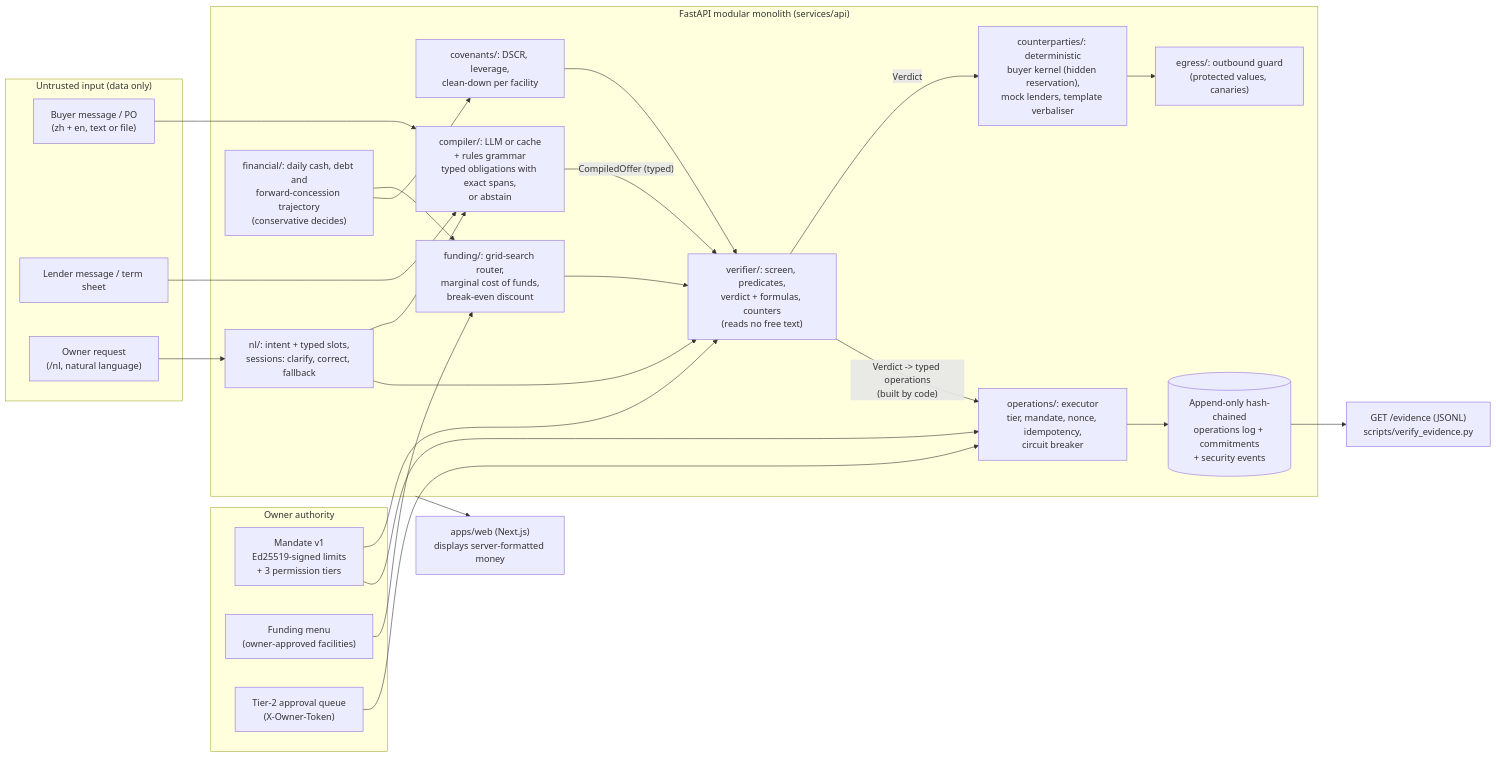
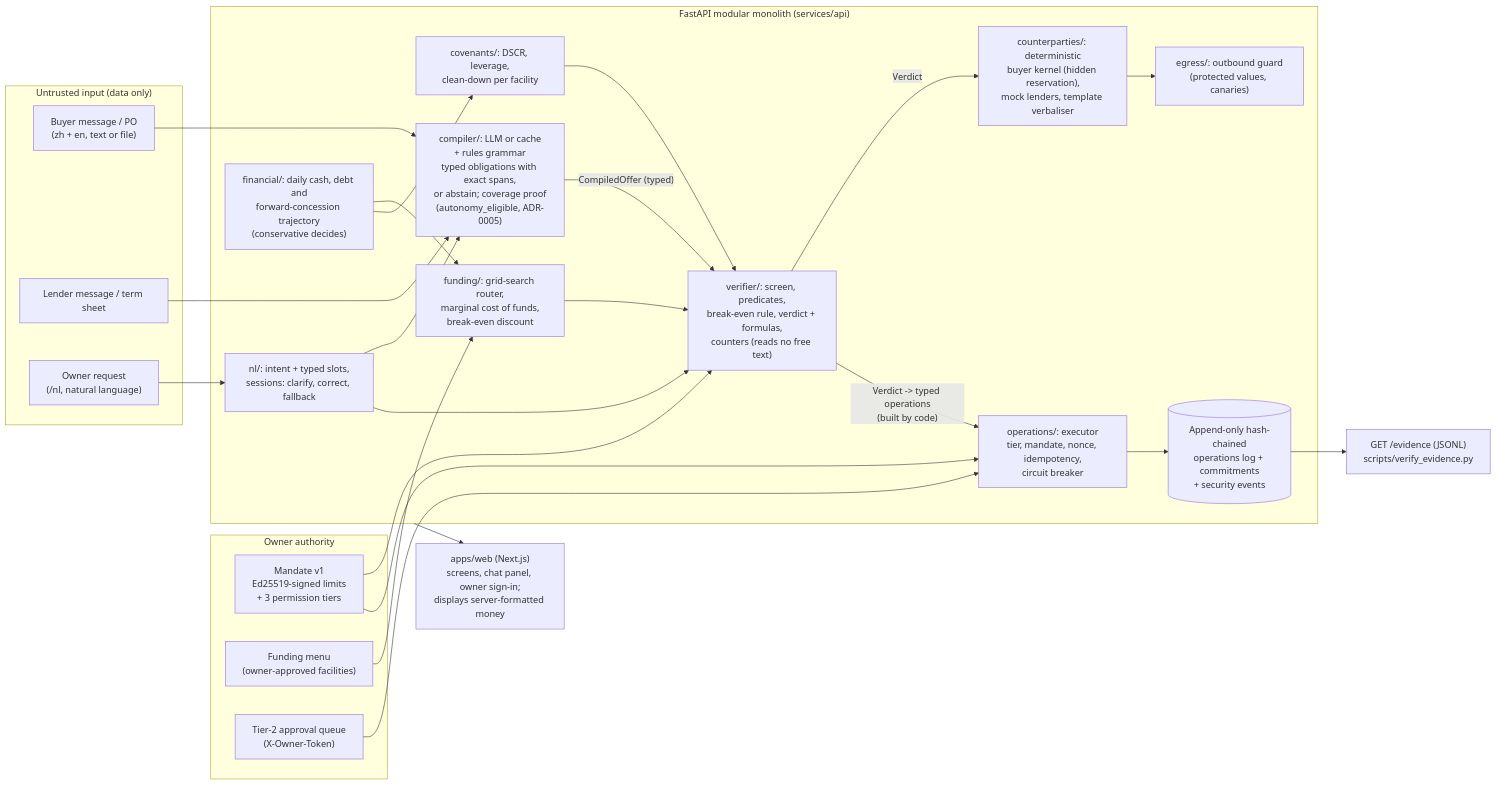
One commit to peachoolongtee/smu2sz changed the diagram in docs/deliverables/architecture.mmd. Above: the diagram before and after it, drawn with Mermaid. The commit also changed 1 other file, not shown here.

```diff
--- a/docs/deliverables/architecture.mmd
+++ b/docs/deliverables/architecture.mmd
@@ -1,53 +1,53 @@
 %% TermsLedger v2: system architecture (source for the Technical Document, section 02).
 %% Render: npx -p @mermaid-js/mermaid-cli mmdc -i architecture.mmd -o architecture.png -w 2000
 %% scripts/build_deliverables.py embeds docs/deliverables/architecture.png when it exists;
 %% otherwise it uses the ASCII fallback in technical_document.md.
 flowchart LR
   subgraph Untrusted["Untrusted input (data only)"]
     BUYER["Buyer message / PO<br/>(zh + en, text or file)"]
     LENDER["Lender message / term sheet"]
     OWNERNL["Owner request<br/>(/nl, natural language)"]
   end
 
   subgraph Owner["Owner authority"]
     MANDATE["Mandate v1<br/>Ed25519-signed limits<br/>+ 3 permission tiers"]
     MENU["Funding menu<br/>(owner-approved facilities)"]
     APPROVE["Tier-2 approval queue<br/>(X-Owner-Token)"]
   end
 
   subgraph API["FastAPI modular monolith (services/api)"]
     NL["nl/: intent + typed slots,<br/>sessions: clarify, correct, fallback"]
-    COMPILER["compiler/: LLM or cache<br/>+ rules grammar<br/>typed obligations with exact spans,<br/>or abstain"]
+    COMPILER["compiler/: LLM or cache<br/>+ rules grammar<br/>typed obligations with exact spans,<br/>or abstain; coverage proof<br/>(autonomy_eligible, ADR-0005)"]
     ENGINE["financial/: daily cash, debt and<br/>forward-concession trajectory<br/>(conservative decides)"]
     ROUTER["funding/: grid-search router,<br/>marginal cost of funds,<br/>break-even discount"]
     COV["covenants/: DSCR, leverage,<br/>clean-down per facility"]
-    VERIFIER["verifier/: screen, predicates,<br/>verdict + formulas, counters<br/>(reads no free text)"]
+    VERIFIER["verifier/: screen, predicates,<br/>break-even rule, verdict + formulas,<br/>counters (reads no free text)"]
     KERNEL["counterparties/: deterministic<br/>buyer kernel (hidden reservation),<br/>mock lenders, template verbaliser"]
     EXEC["operations/: executor<br/>tier, mandate, nonce, idempotency,<br/>circuit breaker"]
     EGRESS["egress/: outbound guard<br/>(protected values, canaries)"]
     LOG[("Append-only hash-chained<br/>operations log + commitments<br/>+ security events")]
   end
 
   EVID["GET /evidence (JSONL)<br/>scripts/verify_evidence.py"]
-  WEB["apps/web (Next.js)<br/>displays server-formatted money"]
+  WEB["apps/web (Next.js)<br/>screens, chat panel, owner sign-in;<br/>displays server-formatted money"]
 
   BUYER --> COMPILER
   LENDER --> COMPILER
   OWNERNL --> NL
   NL --> COMPILER
   NL --> VERIFIER
   COMPILER -->|"CompiledOffer (typed)"| VERIFIER
   MANDATE --> VERIFIER
   MENU --> ROUTER
   ENGINE --> ROUTER
   ENGINE --> COV
   ROUTER --> VERIFIER
   COV --> VERIFIER
   VERIFIER -->|"Verdict"| KERNEL
   VERIFIER -->|"Verdict -> typed operations<br/>(built by code)"| EXEC
   KERNEL --> EGRESS
   EXEC --> LOG
   APPROVE --> EXEC
   MANDATE --> EXEC
   LOG --> EVID
   API --> WEB
```
